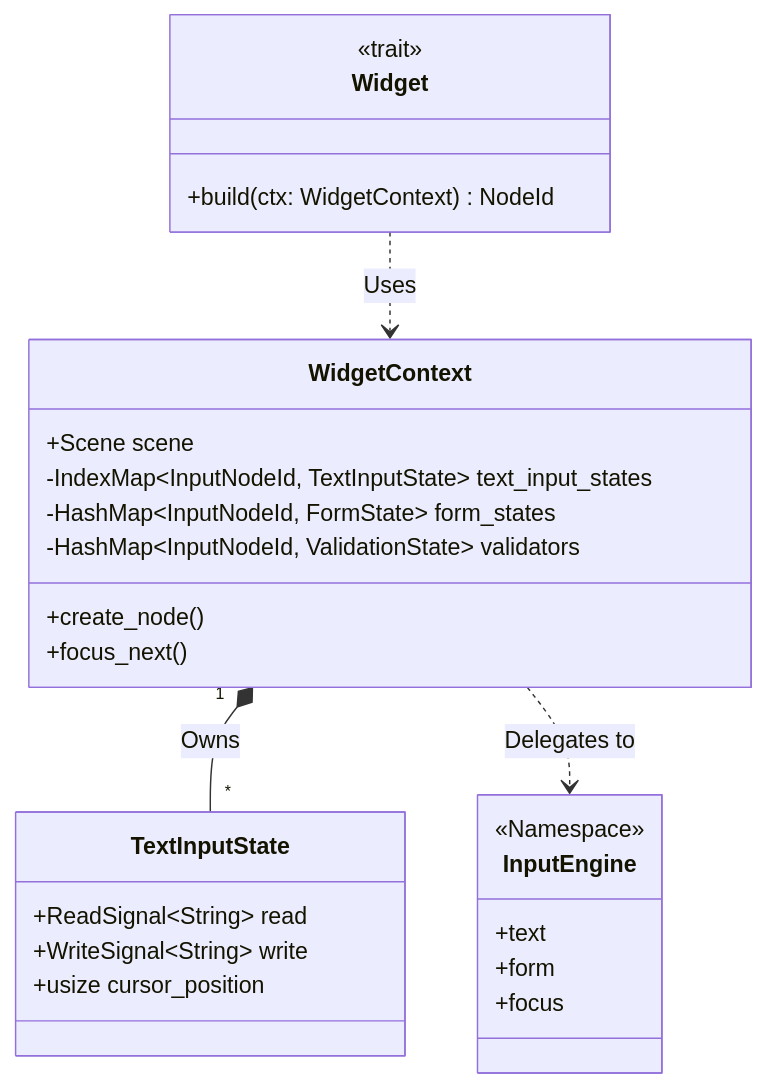
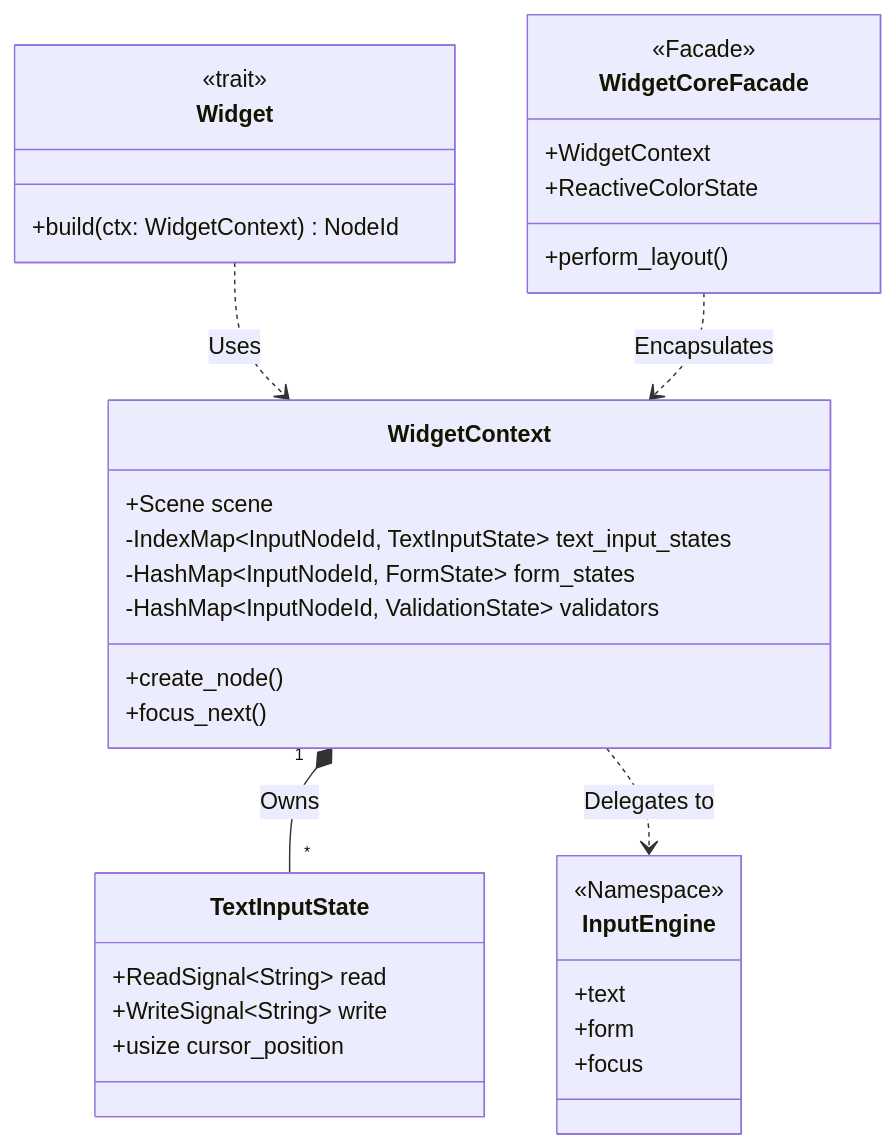
One commit to madmax983/arthropod changed the sixth of 7 diagrams in docs/architecture.md. Above: the diagram before and after it, drawn with Mermaid. The commit also changed other lines of this file and 1 other file, not shown here.

Commit message:
📜 Codex: ADR 040 & Architecture Diagram Update (#1671)
🧠 **Decision:** Documented the architectural decision to encapsulate internal implementation modules (e.g. `form`, `layout`) in core crates using `pub(crate)` and exporting APIs via a clear Facade pattern.
🗺️ **Visuals:** Updated the C4 "Widget System Structure" Component diagram and Key Architectural Decisions to reflect the new Facade boundaries and module encapsulation decision.
🔗 **Link:** See `docs/adr/0040-module-encapsulation.md`.

````diff
--- a/docs/architecture.md
+++ b/docs/architecture.md
@@ -173,33 +173,42 @@
 ```mermaid
 classDiagram
     class Widget {
         <<trait>>
         +build(ctx: WidgetContext) NodeId
     }
 
     class WidgetContext {
         +Scene scene
         -IndexMap~InputNodeId, TextInputState~ text_input_states
         -HashMap~InputNodeId, FormState~ form_states
         -HashMap~InputNodeId, ValidationState~ validators
         +create_node()
         +focus_next()
     }
 
     class InputEngine {
         <<Namespace>>
         +text
         +form
         +focus
     }
 
     class TextInputState {
         +ReadSignal~String~ read
         +WriteSignal~String~ write
         +usize cursor_position
     }
 
     Widget ..> WidgetContext : Uses
     WidgetContext "1" *-- "*" TextInputState : Owns
     WidgetContext ..> InputEngine : Delegates to
+
+    class WidgetCoreFacade {
+        <<Facade>>
+        +WidgetContext
+        +perform_layout()
+        +ReactiveColorState
+    }
+
+    WidgetCoreFacade ..> WidgetContext : Encapsulates
 ```
````
